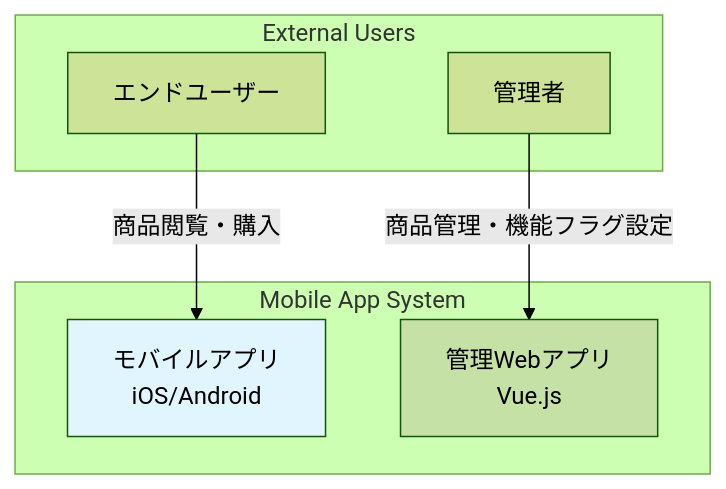
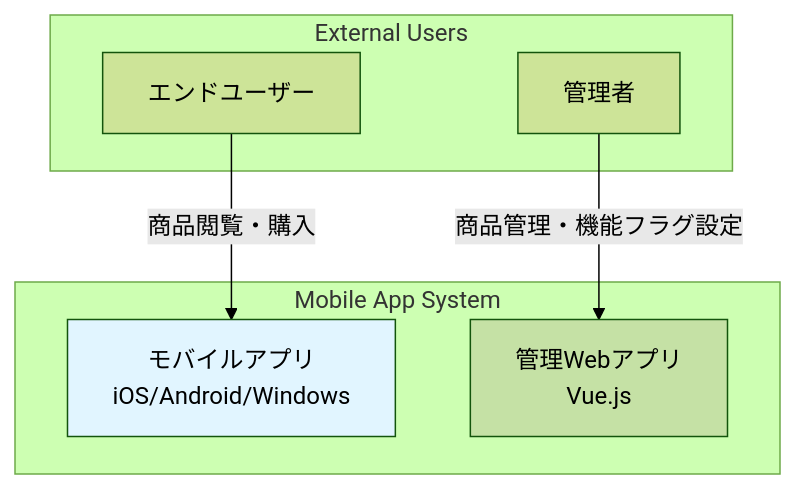
The first of 7 diagrams in docs/architecture/00-overview.md (Takas0522/ws-demo-mobile-app), drawn with Mermaid (forest theme) before and after one commit. The commit also changed other lines of this file and 3 other files, not shown here.

First line of the commit message:
docs: add Windows App (C++20/Win32/MVVM) to architecture documents

````diff
--- a/docs/architecture/00-overview.md
+++ b/docs/architecture/00-overview.md
@@ -46,18 +46,18 @@
 ```mermaid
 graph TB
     subgraph "External Users"
         EU[エンドユーザー]
         AD[管理者]
     end
     
     subgraph "Mobile App System"
-        MobileApp[モバイルアプリ<br/>iOS/Android]
+        MobileApp[モバイルアプリ<br/>iOS/Android/Windows]
         AdminWeb[管理Webアプリ<br/>Vue.js]
     end
     
     EU -->|商品閲覧・購入| MobileApp
     AD -->|商品管理・機能フラグ設定| AdminWeb
     
     style MobileApp fill:#e1f5ff
     style AdminWeb fill:#c5e1a5
 ```
````
